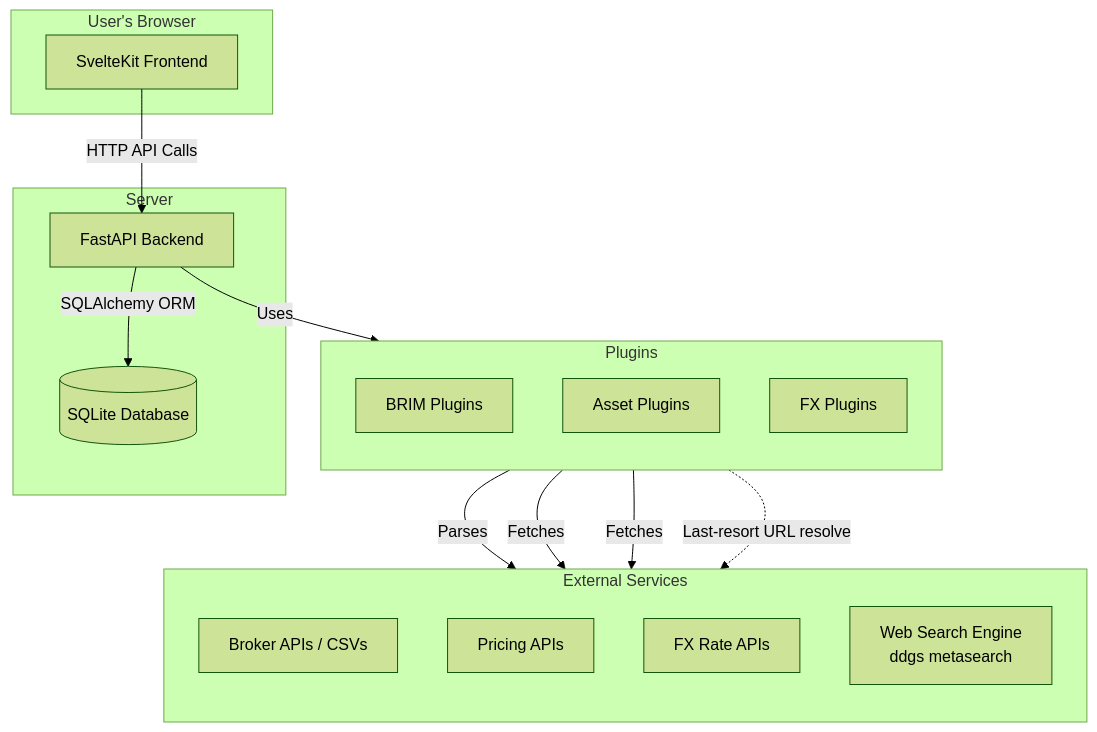
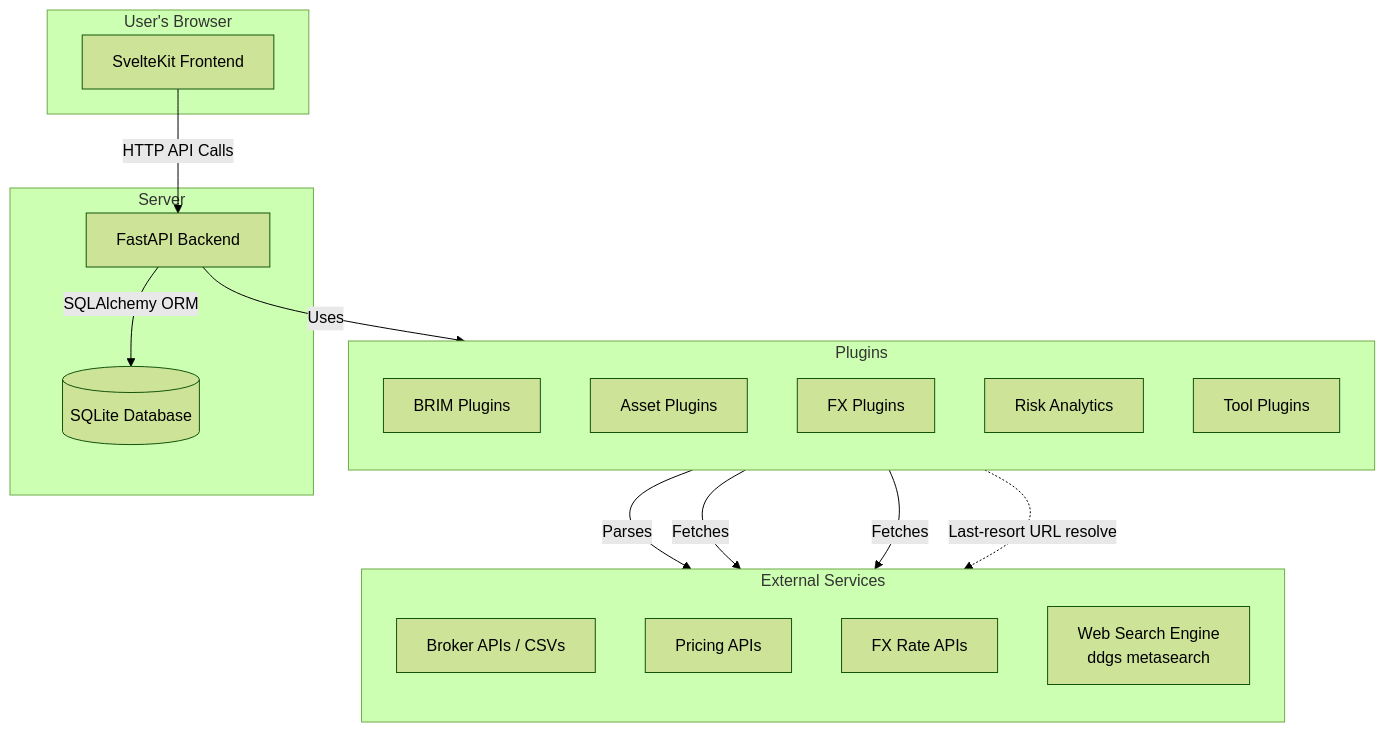
One commit to Librefolio/LibreFolio changed the diagram in mkdocs_src/docs/developer/architecture/overview.md. Above: the diagram before and after it, drawn with Mermaid (forest theme). The commit also changed other lines of this file and 49 other files, not shown here.

````diff
--- a/mkdocs_src/docs/developer/architecture/overview.md
+++ b/mkdocs_src/docs/developer/architecture/overview.md
@@ -9,37 +9,39 @@
 ```mermaid
 graph TD
     subgraph User's Browser
         Frontend[SvelteKit Frontend]
     end
 
     subgraph Server
         Backend[FastAPI Backend]
         Database[(SQLite Database)]
     end
 
     subgraph External Services
         direction TB
         BrokerAPIs[Broker APIs / CSVs]
         PricingAPIs[Pricing APIs]
         FXAPIs[FX Rate APIs]
         WebSearch[Web Search Engine<br/>ddgs metasearch]
     end
     
     subgraph Plugins
         direction TB
         B_Plugins[BRIM Plugins]
         A_Plugins[Asset Plugins]
         F_Plugins[FX Plugins]
+        R_Plugins[Risk Analytics]
+        T_Plugins[Tool Plugins]
     end
 
     Frontend -- HTTP API Calls --> Backend
     Backend -- SQLAlchemy ORM --> Database
     
     Backend -- Uses --> Plugins
     
     B_Plugins -- Parses --> BrokerAPIs
     A_Plugins -- Fetches --> PricingAPIs
     F_Plugins -- Fetches --> FXAPIs
 
     A_Plugins -. Last-resort URL resolve .-> WebSearch
 ```
````
